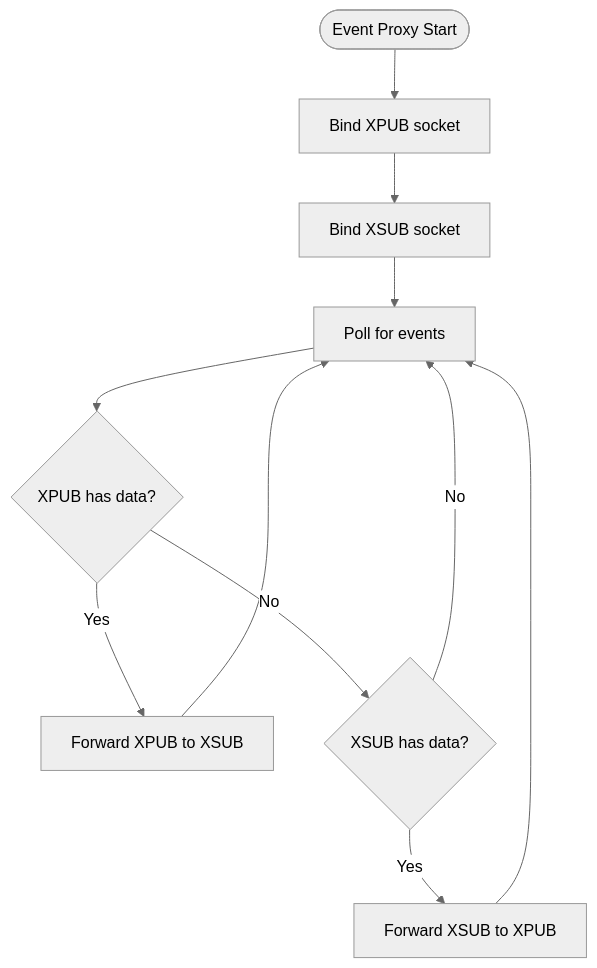
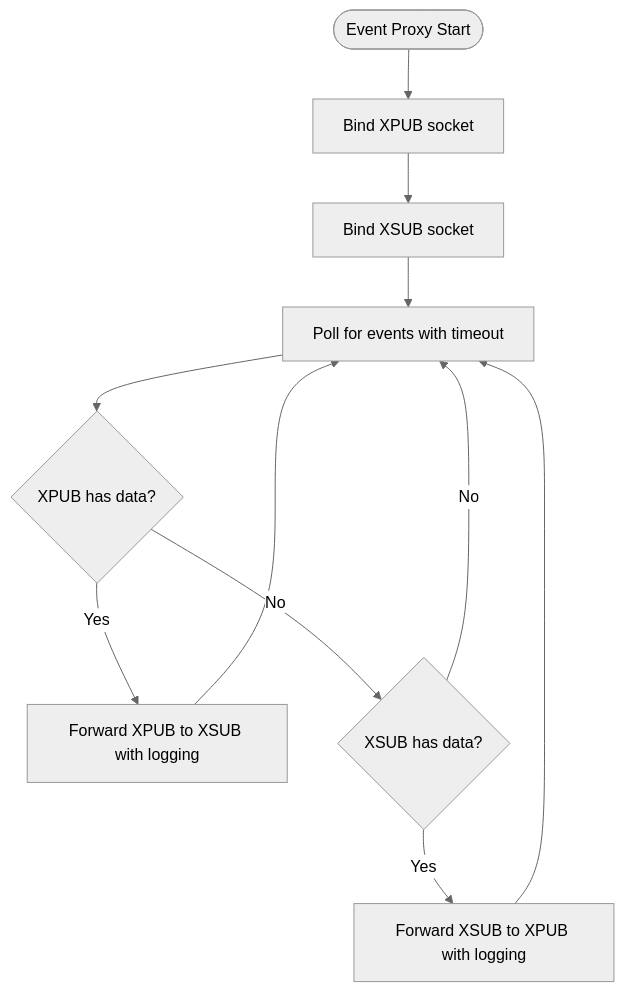
Before and after one commit to zt281/TycheEngine: the eighth of 10 diagrams in .qoder/repowiki/en/content/Core Components/TycheEngine - Central Broker.md, drawn with Mermaid (neutral theme). The commit also changed other lines of this file and 5 other files, not shown here.

````diff
--- a/.qoder/repowiki/en/content/Core Components/TycheEngine - Central Broker.md
+++ b/.qoder/repowiki/en/content/Core Components/TycheEngine - Central Broker.md
@@ -404,13 +438,13 @@
 ```mermaid
 flowchart TD
 Start([Event Proxy Start]) --> BindXPUB["Bind XPUB socket"]
 BindXPUB --> BindXSUB["Bind XSUB socket"]
-BindXSUB --> PollLoop["Poll for events"]
+BindXSUB --> PollLoop["Poll for events with timeout"]
 PollLoop --> CheckXPUB{"XPUB has data?"}
-CheckXPUB --> |Yes| ForwardXPUB["Forward XPUB to XSUB"]
+CheckXPUB --> |Yes| ForwardXPUB["Forward XPUB to XSUB with logging"]
 CheckXPUB --> |No| CheckXSUB{"XSUB has data?"}
-CheckXSUB --> |Yes| ForwardXSUB["Forward XSUB to XPUB"]
+CheckXSUB --> |Yes| ForwardXSUB["Forward XSUB to XPUB with logging"]
 CheckXSUB --> |No| PollLoop
 ForwardXPUB --> PollLoop
 ForwardXSUB --> PollLoop
 ```
````
